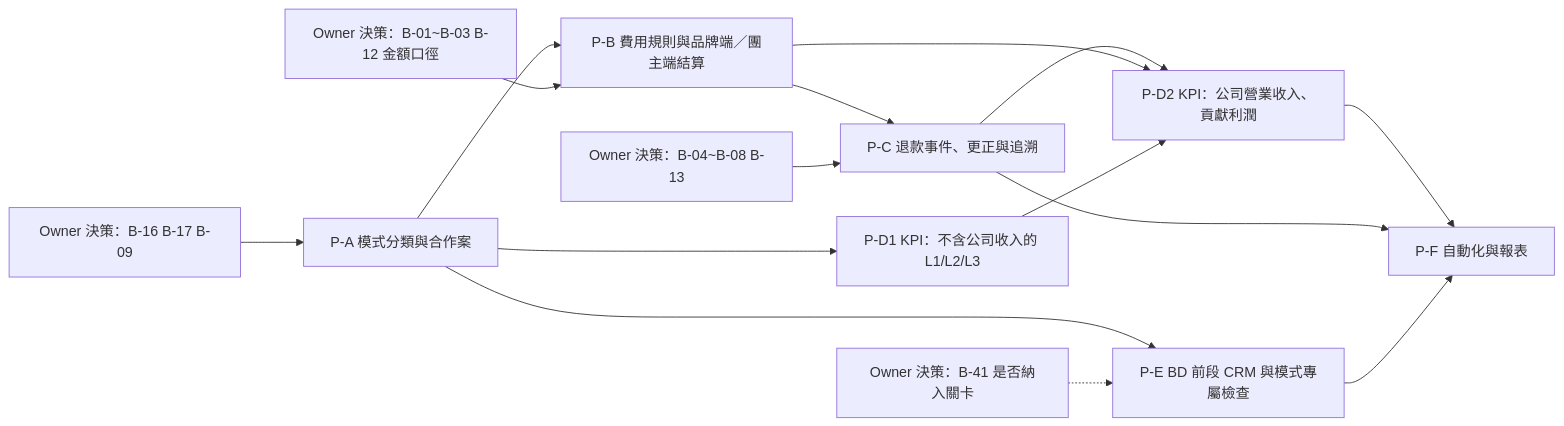
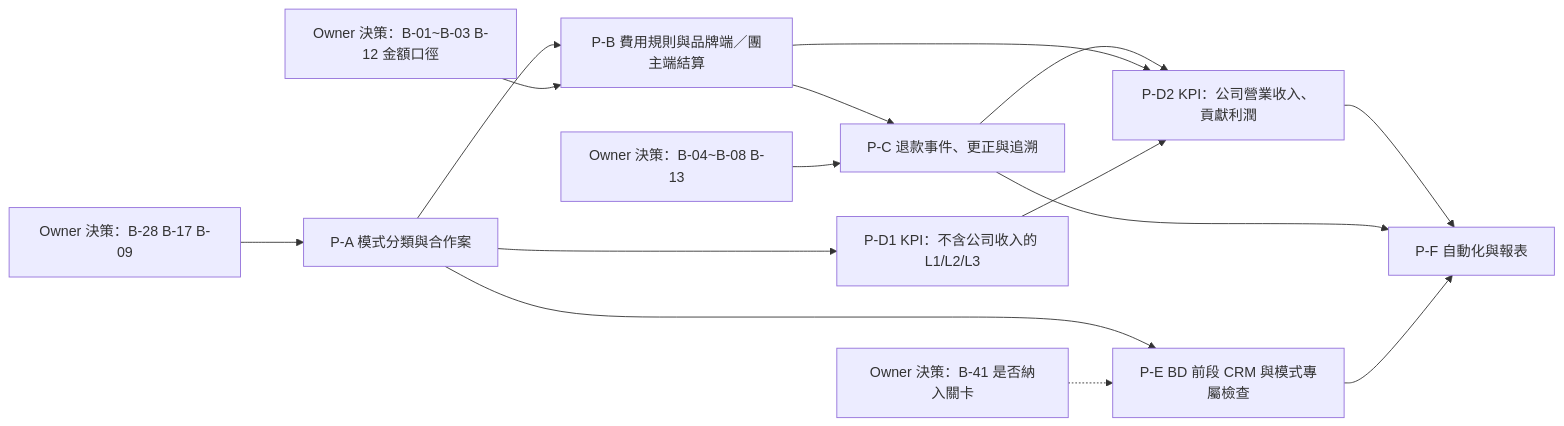
The diagram in docs/biz-model/07-ROADMAP.md (ws19135/group-buying-operations), drawn with Mermaid before and after one commit. The commit also changed other lines of this file and 3 other files, not shown here.

````diff
--- a/docs/biz-model/07-ROADMAP.md
+++ b/docs/biz-model/07-ROADMAP.md
@@ -29,18 +29,18 @@
 ```mermaid
 flowchart LR
-    DEC1[Owner 決策：B-16 B-17 B-09] --> PA
+    DEC1[Owner 決策：B-28 B-17 B-09] --> PA
     PA[P-A 模式分類與合作案] --> PB
     DEC2[Owner 決策：B-01~B-03 B-12 金額口徑] --> PB
     PB[P-B 費用規則與品牌端／團主端結算] --> PC
     DEC3[Owner 決策：B-04~B-08 B-13] --> PC
     PC[P-C 退款事件、更正與追溯]
     PA --> PD1[P-D1 KPI：不含公司收入的 L1/L2/L3]
     PC --> PD2[P-D2 KPI：公司營業收入、貢獻利潤]
     PB --> PD2
     PD1 --> PD2
     PA --> PE[P-E BD 前段 CRM 與模式專屬檢查]
     DEC4[Owner 決策：B-41 是否納入關卡] -.-> PE
     PD2 --> PF[P-F 自動化與報表]
     PC --> PF
     PE --> PF
 ```
````
